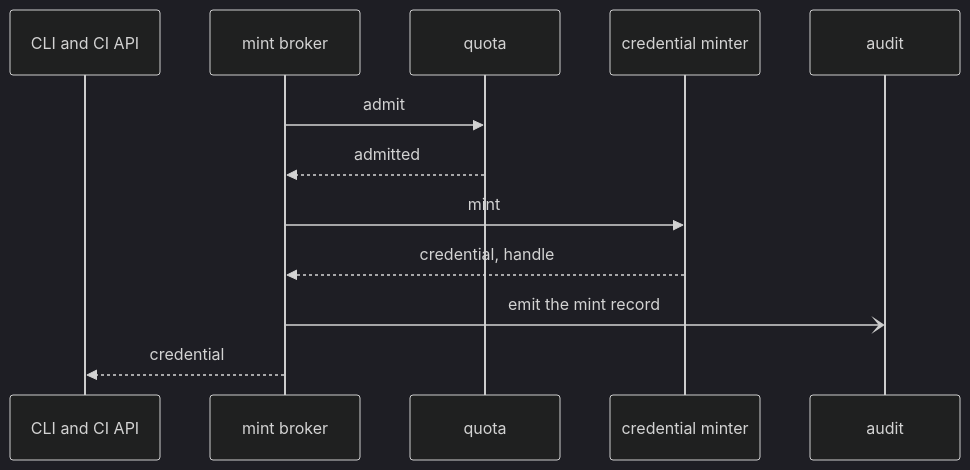
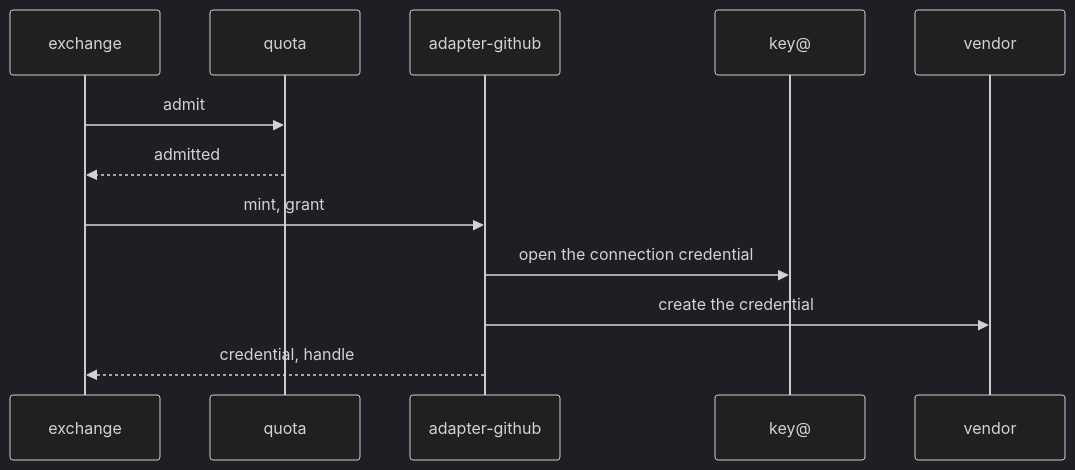
The third of 9 diagrams in docs/architecture/components.md (truvity/access-roster), drawn with Mermaid (dark theme) before and after one commit. The commit also changed other lines of this file and 11 other files, not shown here.

First line of the commit message:
docs: the architecture pages and the explorers (wave 2)

````diff
--- a/docs/architecture/components.md
+++ b/docs/architecture/components.md
@@ -115,14 +134,14 @@
 ```mermaid
 sequenceDiagram
-  participant F as CLI and CI API
-  participant M as mint broker
+  participant X as exchange
   participant Q as quota
-  participant X as credential minter
-  participant A as audit
-  M->>Q: admit
-  Q-->>M: admitted
-  M->>X: mint
-  X-->>M: credential, handle
-  M-)A: emit the mint record
-  M-->>F: credential
+  participant A as adapter-github
+  participant K as key@
+  participant V as vendor
+  X->>Q: admit
+  Q-->>X: admitted
+  X->>A: mint, grant
+  A->>K: open the connection credential
+  A->>V: create the credential
+  A-->>X: credential, handle
 ```
````
